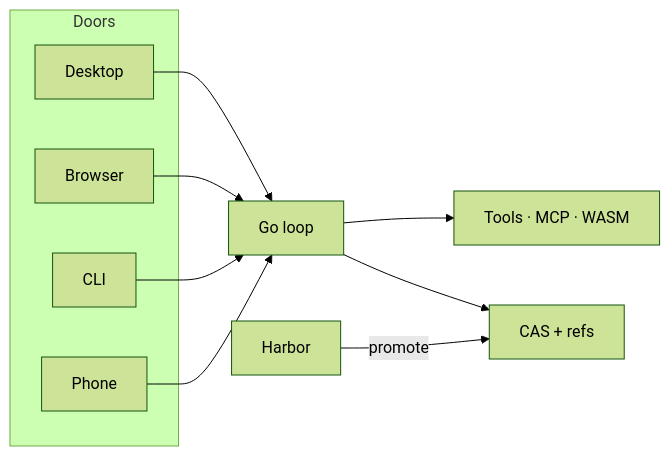
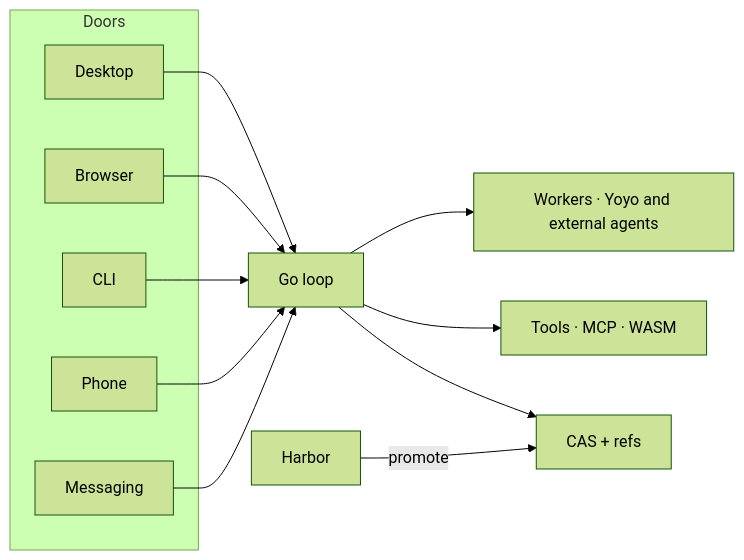
Before and after one commit to Shenchangxin/yoyo: the diagram in README.md, drawn with Mermaid (forest theme). The commit also changed other lines of this file and 44 other files, not shown here.

````diff
--- a/README.md
+++ b/README.md
@@ -263,20 +317,24 @@
 ```mermaid
 flowchart LR
   subgraph doors [Doors]
     GUI[Desktop]
     HTTP[Browser]
     CLI[CLI]
     Phone[Phone]
+    IM[Messaging]
   end
   Loop[Go loop]
+  Workers[Workers · Yoyo and external agents]
   Tools[Tools · MCP · WASM]
   CAS[CAS + refs]
   Harbor[Harbor]
   GUI --> Loop
   HTTP --> Loop
   CLI --> Loop
   Phone --> Loop
+  IM --> Loop
+  Loop --> Workers
   Loop --> Tools
   Loop --> CAS
   Harbor -->|promote| CAS
 ```
````
